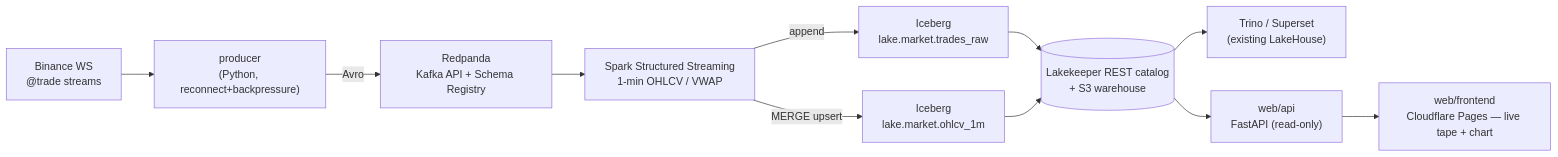
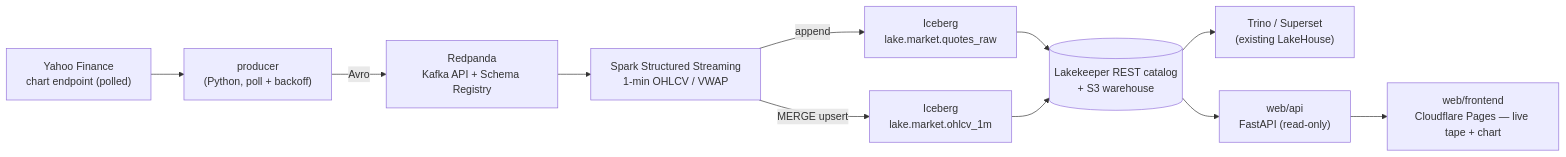
The diagram in README.md (Shaked98/market-stream), drawn with Mermaid before and after one commit. The commit also changed other lines of this file and 41 other files, not shown here.

First line of the commit message:
Convert pipeline from crypto to stocks (Yahoo Finance) + architecture diagram

````diff
--- a/README.md
+++ b/README.md
@@ -18,13 +21,13 @@
 ```mermaid
 flowchart LR
-  BIN["Binance WS<br/>@trade streams"] --> PROD["producer<br/>(Python, reconnect+backpressure)"]
+  BIN["Yahoo Finance<br/>chart endpoint (polled)"] --> PROD["producer<br/>(Python, poll + backoff)"]
   PROD -->|Avro| RP["Redpanda<br/>Kafka API + Schema Registry"]
   RP --> SPARK["Spark Structured Streaming<br/>1-min OHLCV / VWAP"]
-  SPARK -->|append| RAW["Iceberg<br/>lake.market.trades_raw"]
+  SPARK -->|append| RAW["Iceberg<br/>lake.market.quotes_raw"]
   SPARK -->|MERGE upsert| OHLCV["Iceberg<br/>lake.market.ohlcv_1m"]
   RAW --> CAT[("Lakekeeper REST catalog<br/>+ S3 warehouse")]
   OHLCV --> CAT
   CAT --> TRINO["Trino / Superset<br/>(existing LakeHouse)"]
   CAT --> API["web/api<br/>FastAPI (read-only)"]
   API --> FE["web/frontend<br/>Cloudflare Pages — live tape + chart"]
 ```
````
